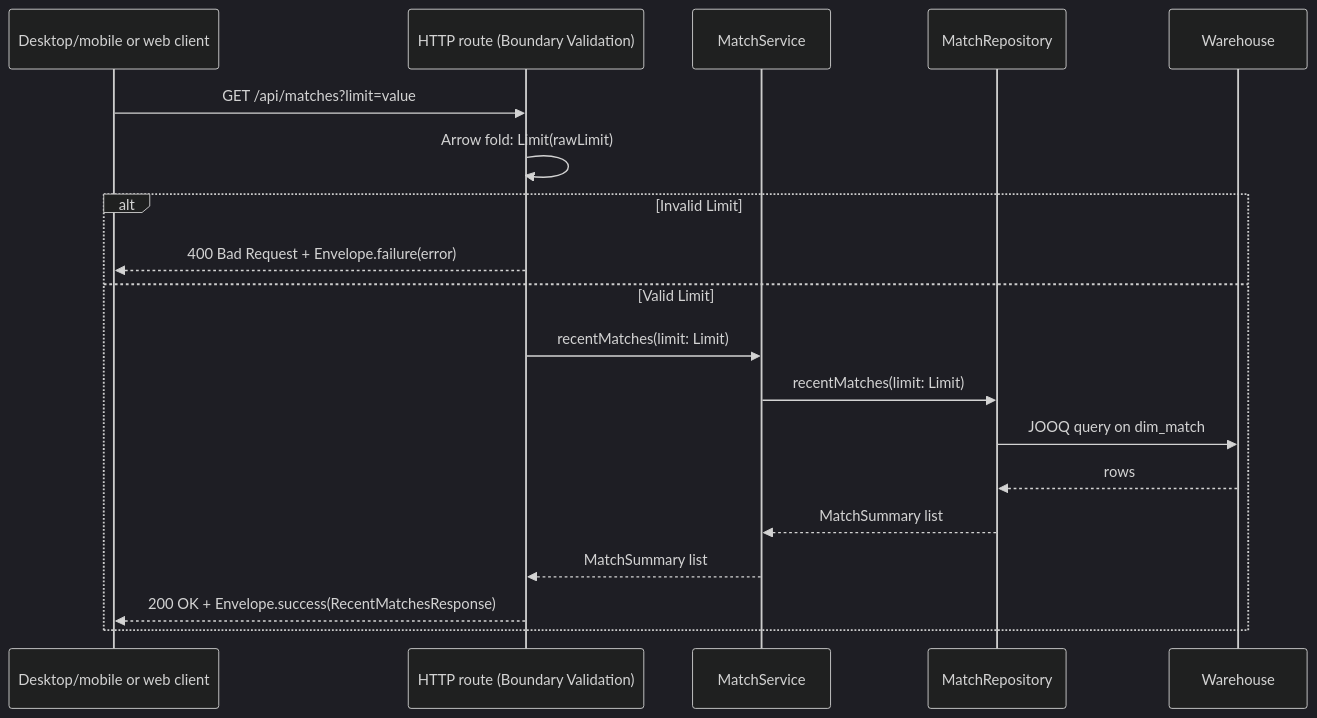
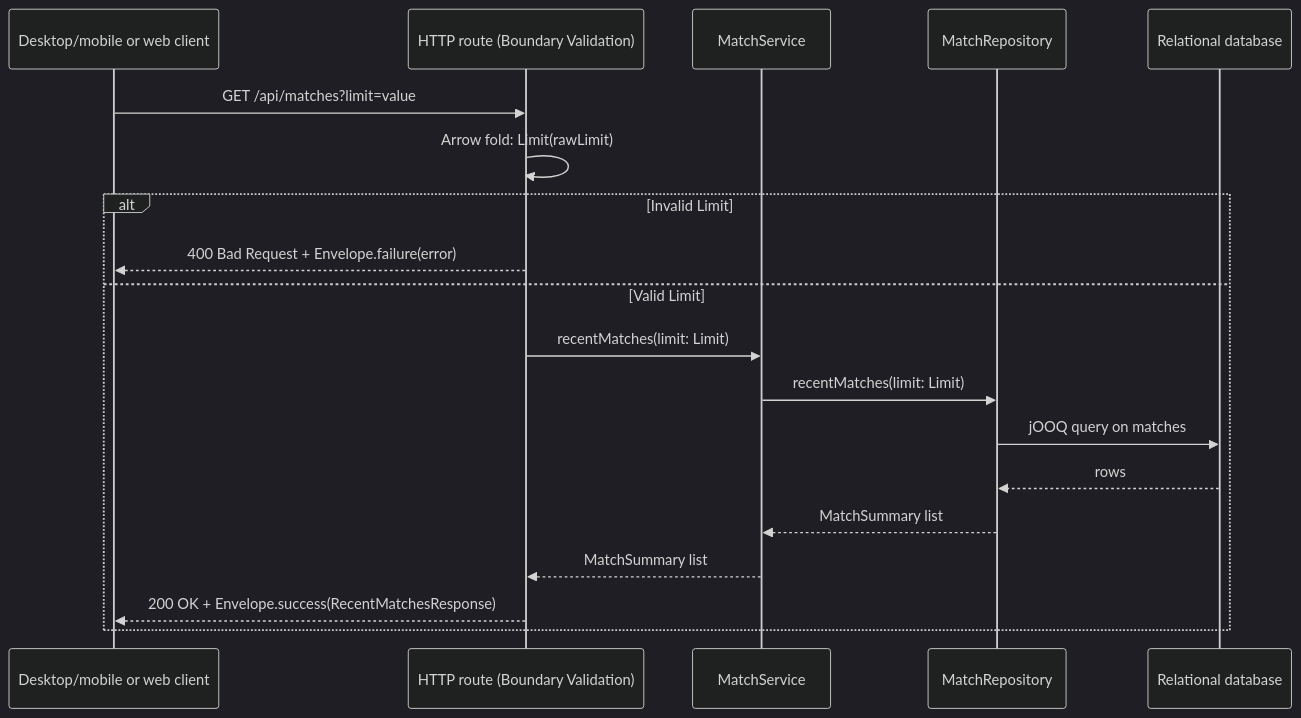
The fourth of 4 diagrams in docs/architecture/applications.md (kevinrjones/acs_ball_by_ball), drawn with Mermaid (dark theme) before and after one commit. The commit also changed other lines of this file and 89 other files, not shown here.

````diff
--- a/docs/architecture/applications.md
+++ b/docs/architecture/applications.md
@@ -241,21 +240,21 @@
 ```mermaid
 sequenceDiagram
     participant Client as Desktop/mobile or web client
     participant Route as HTTP route (Boundary Validation)
     participant Service as MatchService
     participant Repo as MatchRepository
-    participant DB as Warehouse
+    participant DB as Relational database
     Client ->> Route: GET /api/matches?limit=value
     Route ->> Route: Arrow fold: Limit(rawLimit)
     alt Invalid Limit
         Route -->> Client: 400 Bad Request + Envelope.failure(error)
     else Valid Limit
         Route ->> Service: recentMatches(limit: Limit)
         Service ->> Repo: recentMatches(limit: Limit)
-        Repo ->> DB: JOOQ query on dim_match
+        Repo ->> DB: jOOQ query on matches
         DB -->> Repo: rows
         Repo -->> Service: MatchSummary list
         Service -->> Route: MatchSummary list
         Route -->> Client: 200 OK + Envelope.success(RecentMatchesResponse)
     end
 ```
````
